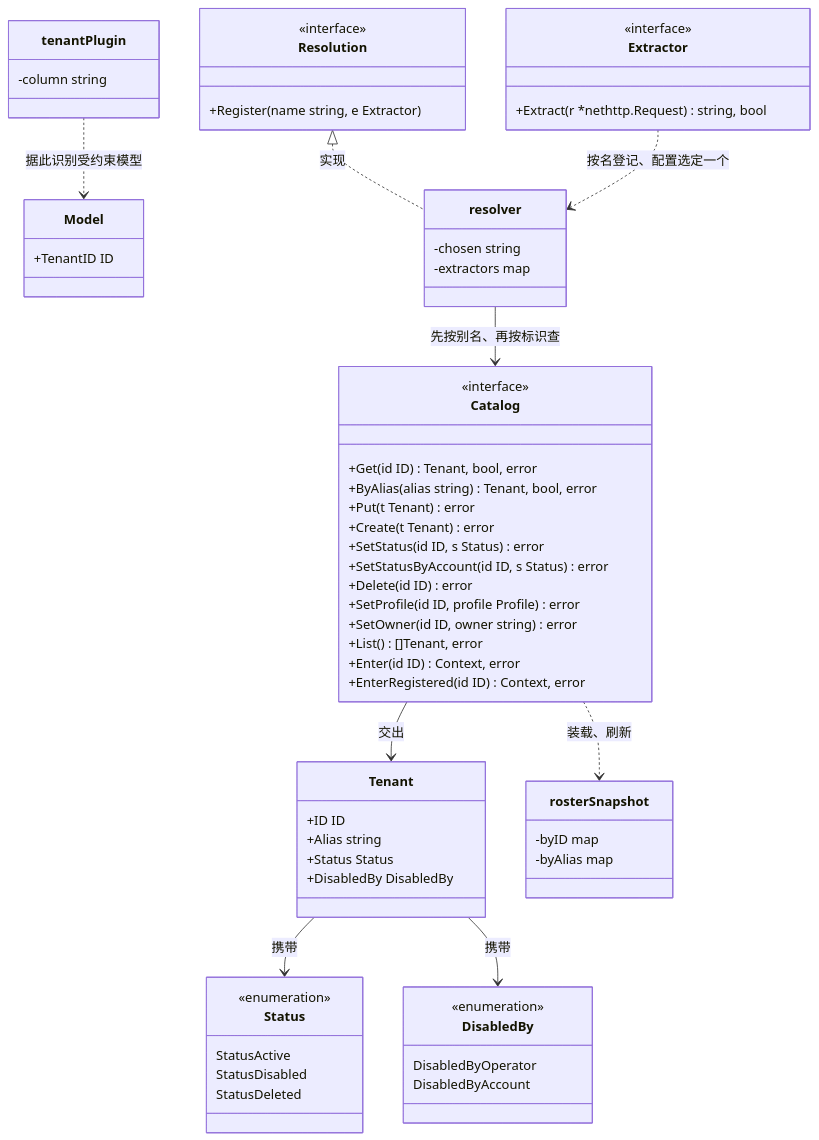
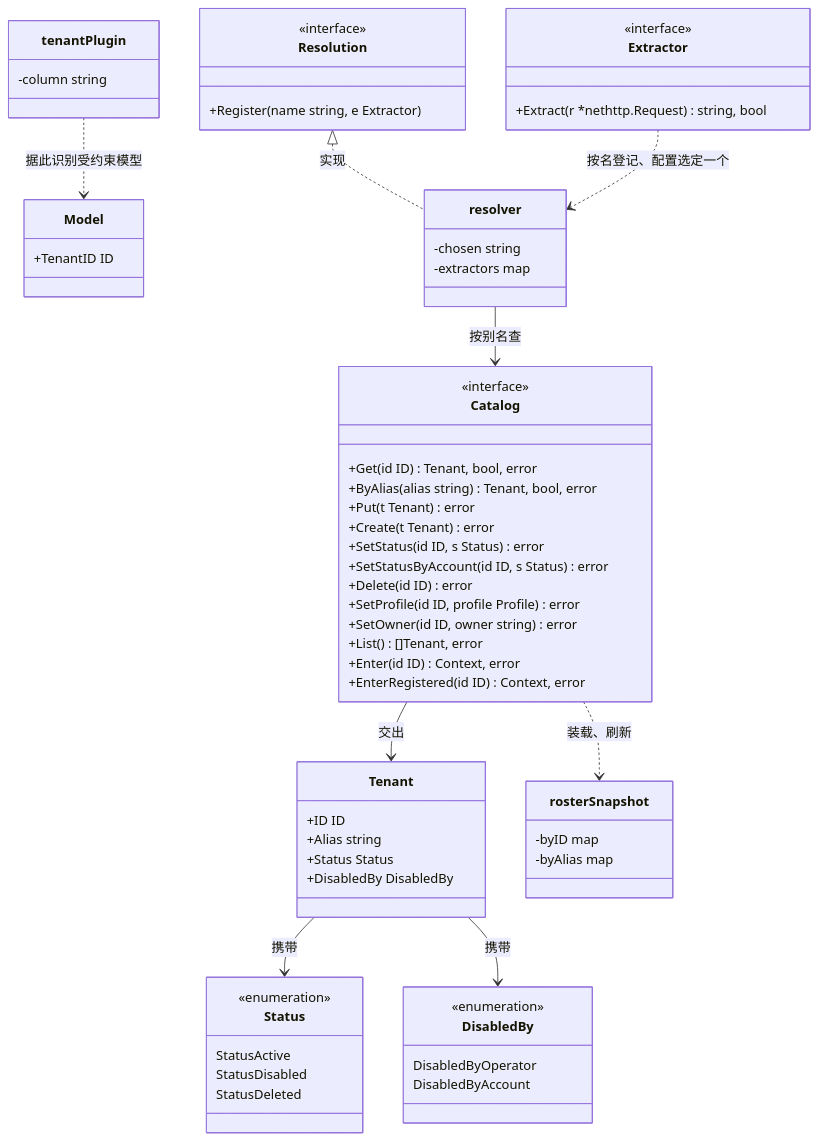
The first of 5 diagrams in docs/design/modules/tenant/design-tenant.md (wangzw/speed), drawn with Mermaid before and after one commit. The commit also changed other lines of this file and 17 other files, not shown here.

````diff
--- a/docs/design/modules/tenant/design-tenant.md
+++ b/docs/design/modules/tenant/design-tenant.md
@@ -509,65 +509,65 @@
 ```mermaid
 classDiagram
     class Resolution {
         <<interface>>
         +Register(name string, e Extractor)
     }
     class Catalog {
         <<interface>>
         +Get(id ID) Tenant, bool, error
         +ByAlias(alias string) Tenant, bool, error
         +Put(t Tenant) error
         +Create(t Tenant) error
         +SetStatus(id ID, s Status) error
         +SetStatusByAccount(id ID, s Status) error
         +Delete(id ID) error
         +SetProfile(id ID, profile Profile) error
         +SetOwner(id ID, owner string) error
         +List() []Tenant, error
         +Enter(id ID) Context, error
         +EnterRegistered(id ID) Context, error
     }
     class Extractor {
         <<interface>>
         +Extract(r *nethttp.Request) string, bool
     }
     class Tenant {
         +ID ID
         +Alias string
         +Status Status
         +DisabledBy DisabledBy
     }
     class Status {
         <<enumeration>>
         StatusActive
         StatusDisabled
         StatusDeleted
     }
     class DisabledBy {
         <<enumeration>>
         DisabledByOperator
         DisabledByAccount
     }
     class Model {
         +TenantID ID
     }
     class rosterSnapshot {
         -byID map
         -byAlias map
     }
     class resolver {
         -chosen string
         -extractors map
     }
     class tenantPlugin {
         -column string
     }
     Resolution <|.. resolver : 实现
     Extractor ..> resolver : 按名登记、配置选定一个
-    resolver --> Catalog : 先按别名、再按标识查
+    resolver --> Catalog : 按别名查
     Catalog --> Tenant : 交出
     Tenant --> Status : 携带
     Tenant --> DisabledBy : 携带
     Catalog ..> rosterSnapshot : 装载、刷新
     tenantPlugin ..> Model : 据此识别受约束模型
 ```
````
